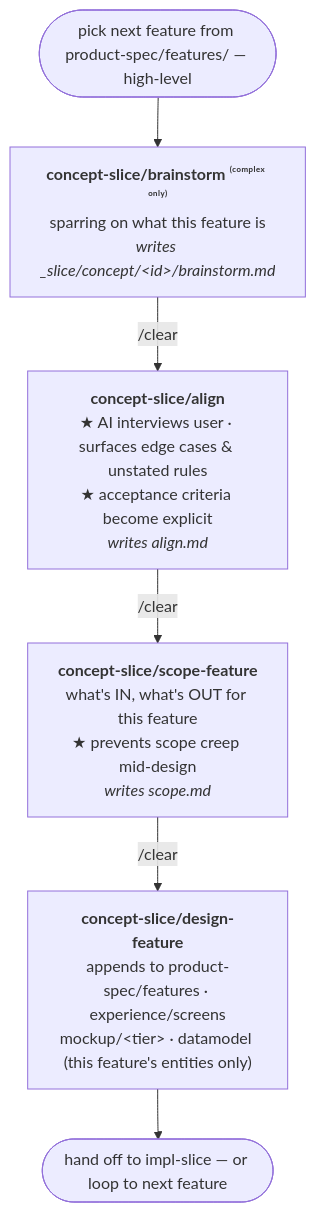
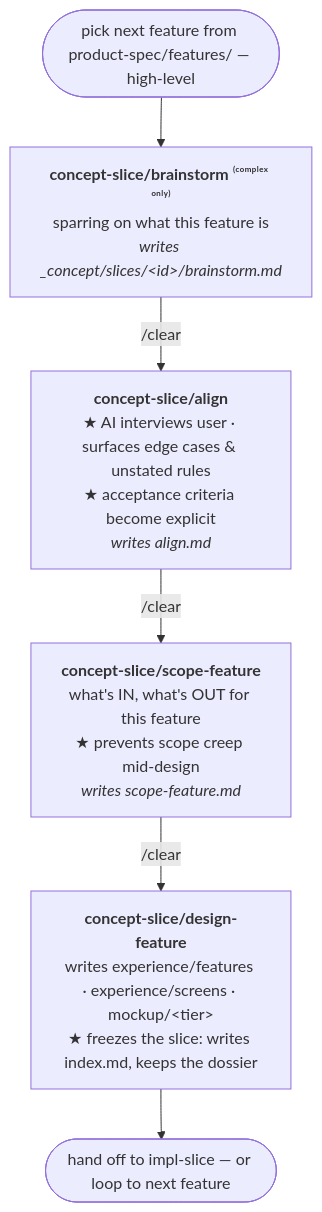
One commit to skaile-ai/ai-assets-skaileup changed the first of 2 diagrams in docs/src/content/docs/intro/slice-loops.mdx. Above: the diagram before and after it, drawn with Mermaid. The commit also changed other lines of this file and 47 other files, not shown here.

First line of the commit message:
refactor(slices): keep per-feature slices as durable documentation (Suggestion B)

````diff
--- a/docs/src/content/docs/intro/slice-loops.mdx
+++ b/docs/src/content/docs/intro/slice-loops.mdx
@@ -20,17 +20,17 @@
 ```mermaid
 flowchart TD
   pick([pick next feature from product-spec/features/ — high-level])
   pick --> brainstorm
 
-  brainstorm["<b>concept-slice/brainstorm</b> ⁽ᶜᵒᵐᵖˡᵉˣ ᵒⁿˡʸ⁾<br/>sparring on what this feature is<br/><i>writes _slice/concept/&lt;id&gt;/brainstorm.md</i>"]
+  brainstorm["<b>concept-slice/brainstorm</b> ⁽ᶜᵒᵐᵖˡᵉˣ ᵒⁿˡʸ⁾<br/>sparring on what this feature is<br/><i>writes _concept/slices/&lt;id&gt;/brainstorm.md</i>"]
   brainstorm -->|/clear| align
 
   align["<b>concept-slice/align</b><br/>★ AI interviews user · surfaces edge cases &amp; unstated rules<br/>★ acceptance criteria become explicit<br/><i>writes align.md</i>"]
   align -->|/clear| scope
 
-  scope["<b>concept-slice/scope-feature</b><br/>what's IN, what's OUT for this feature<br/>★ prevents scope creep mid-design<br/><i>writes scope.md</i>"]
+  scope["<b>concept-slice/scope-feature</b><br/>what's IN, what's OUT for this feature<br/>★ prevents scope creep mid-design<br/><i>writes scope-feature.md</i>"]
   scope -->|/clear| design
 
-  design["<b>concept-slice/design-feature</b><br/>appends to product-spec/features · experience/screens<br/>mockup/&lt;tier&gt; · datamodel (this feature's entities only)"]
+  design["<b>concept-slice/design-feature</b><br/>writes experience/features · experience/screens · mockup/&lt;tier&gt;<br/>★ freezes the slice: writes index.md, keeps the dossier"]
   design --> handoff([hand off to impl-slice — or loop to next feature])
 ```
````
